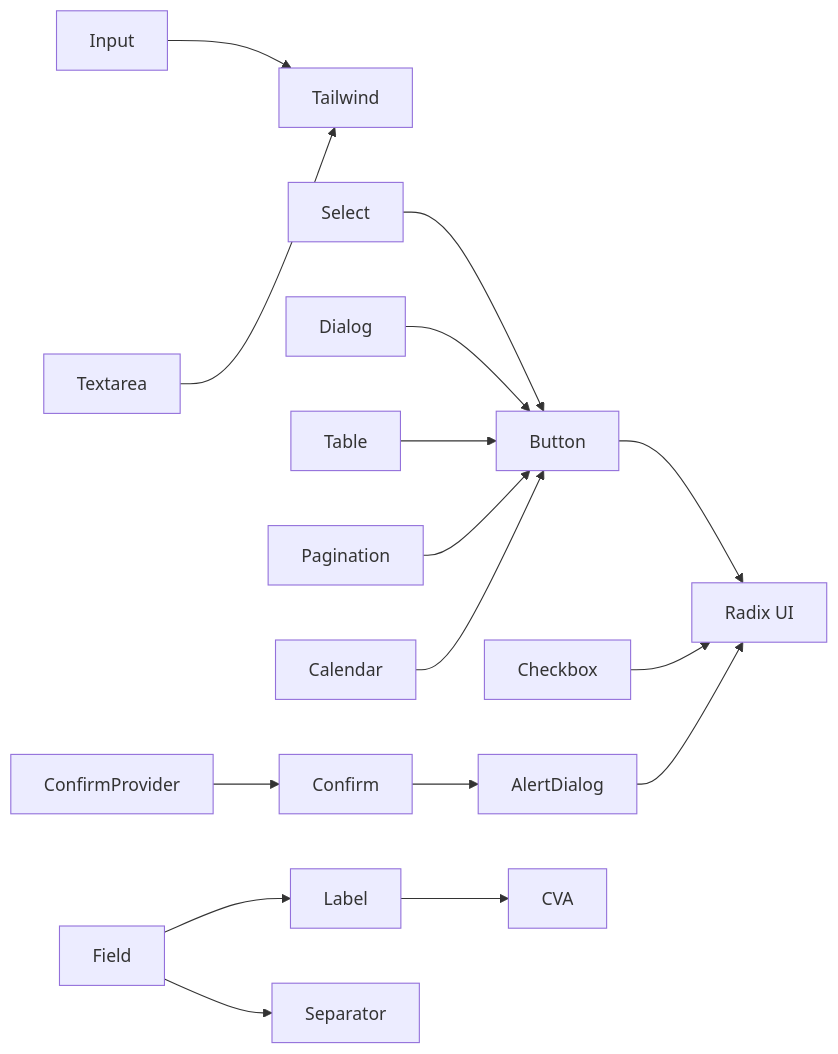
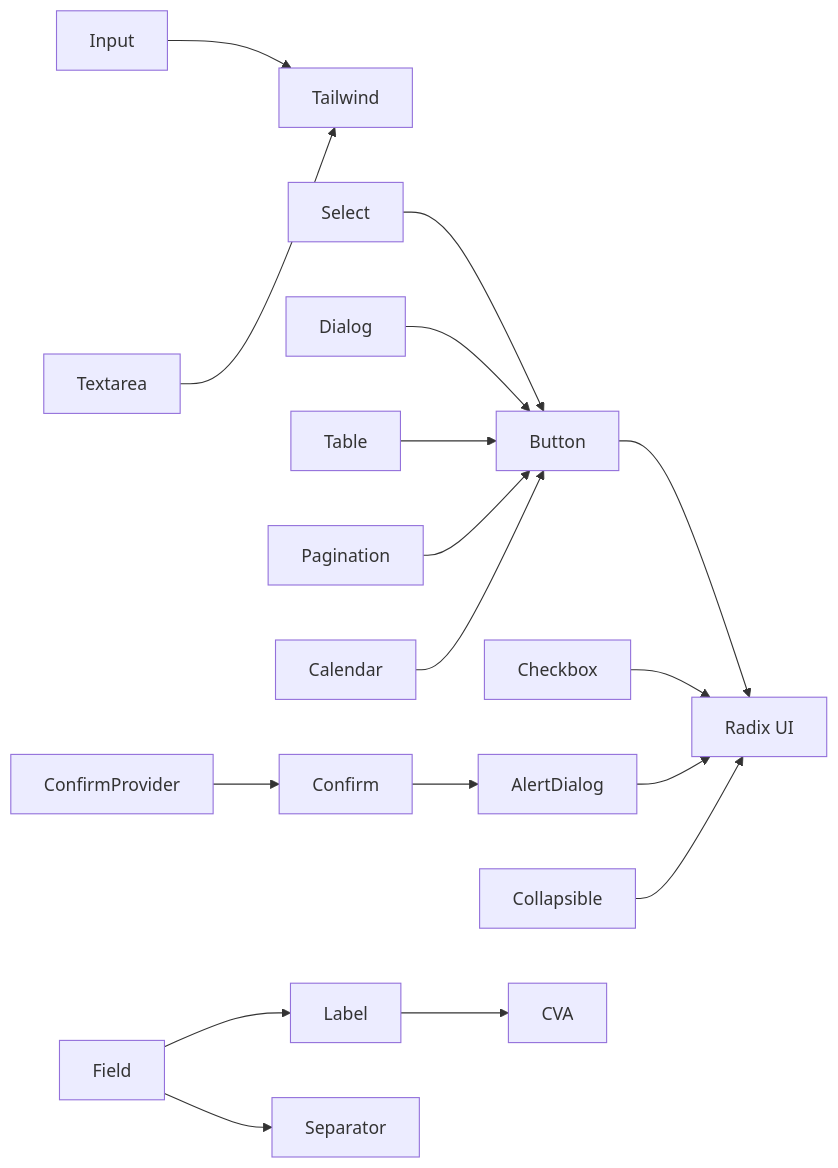
The third of 3 diagrams in .qoder/repowiki/zh/content/前端组件/UI 组件库.md (RadiumAg/AIGate), drawn with Mermaid before and after one commit. The commit also changed other lines of this file and 13 other files, not shown here.

````diff
--- a/.qoder/repowiki/zh/content/前端组件/UI 组件库.md
+++ b/.qoder/repowiki/zh/content/前端组件/UI 组件库.md
@@ -559,18 +590,19 @@
 ```mermaid
 graph LR
 BTN["Button"] --> RAD["Radix UI"]
 INP["Input"] --> TWD["Tailwind"]
 TXT["Textarea"] --> TWD
 CHK["Checkbox"] --> RAD
 SEL["Select"] --> BTN
 DLG["Dialog"] --> BTN
 ALERT["AlertDialog"] --> RAD
 CONFIRM["Confirm"] --> ALERT
 PROVIDER["ConfirmProvider"] --> CONFIRM
+COLLAPSIBLE["Collapsible"] --> RAD
 TBL["Table"] --> BTN
 PAG["Pagination"] --> BTN
 CAL["Calendar"] --> BTN
 LAB["Label"] --> CVA["CVA"]
 FLD["Field"] --> LAB
 FLD --> SEP["Separator"]
 ```
````
